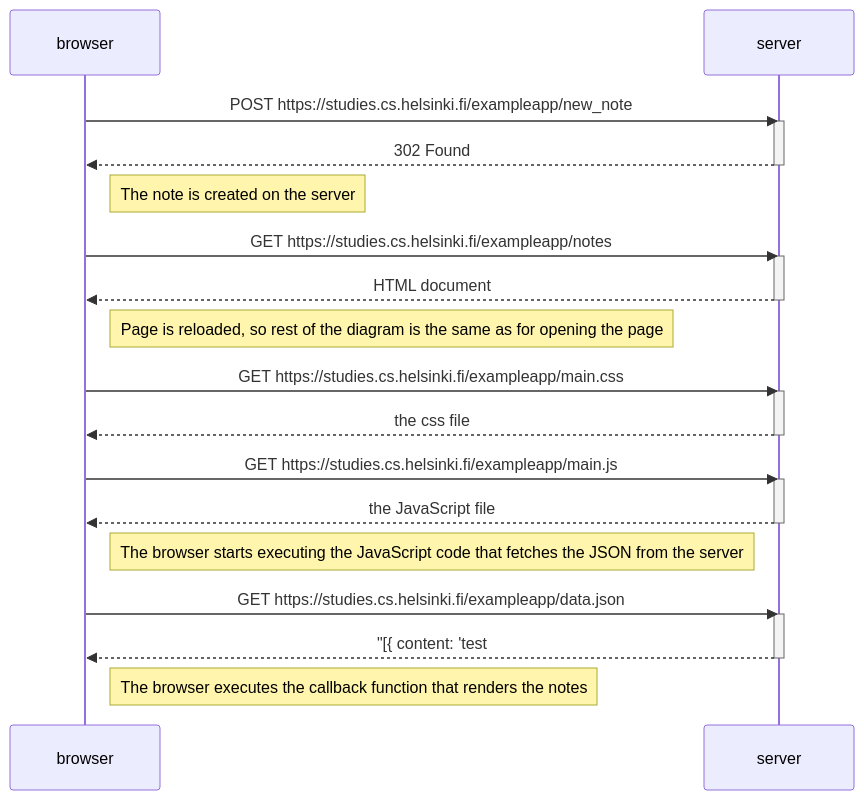
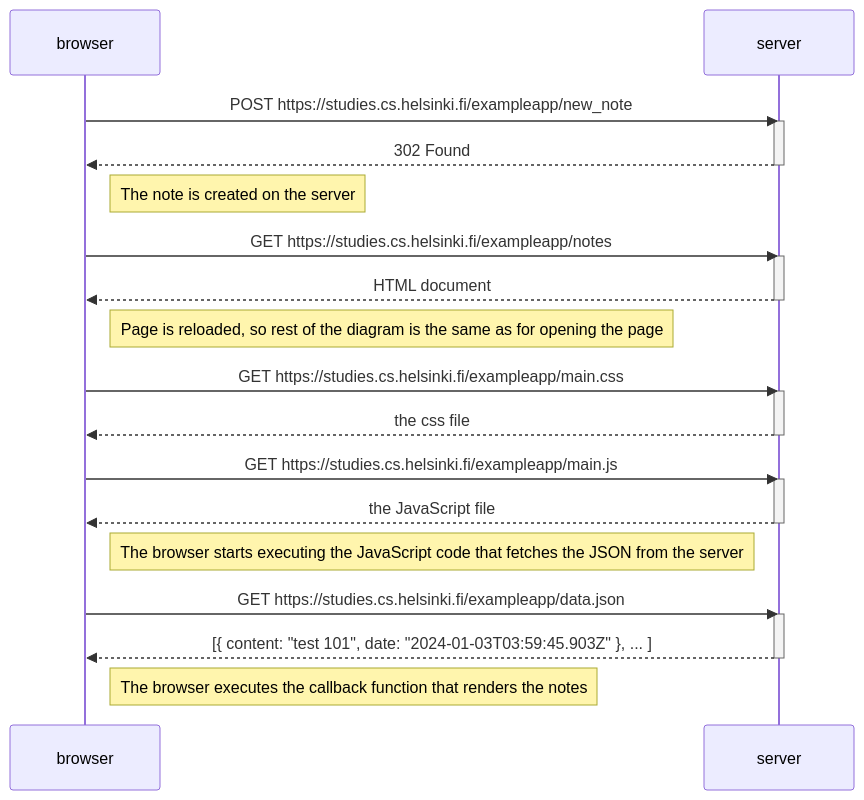
Before and after one commit to maab19/FullStackExercises: the diagram in part0/new_note_diagram.md, drawn with Mermaid.

````diff
--- a/part0/new_note_diagram.md
+++ b/part0/new_note_diagram.md
@@ -1,38 +1,38 @@
 ```mermaid
 sequenceDiagram
     participant browser
     participant server
 
     browser->>server: POST https://studies.cs.helsinki.fi/exampleapp/new_note
     activate server
     server-->>browser: 302 Found
     deactivate server
 
     Note right of browser: The note is created on the server
 
     browser->>server: GET https://studies.cs.helsinki.fi/exampleapp/notes
     activate server
     server-->>browser: HTML document
     deactivate server
 
     Note right of browser: Page is reloaded, so rest of the diagram is the same as for opening the page
 
     browser->>server: GET https://studies.cs.helsinki.fi/exampleapp/main.css
     activate server
     server-->>browser: the css file
     deactivate server
 
     browser->>server: GET https://studies.cs.helsinki.fi/exampleapp/main.js
     activate server
     server-->>browser: the JavaScript file
     deactivate server
 
     Note right of browser: The browser starts executing the JavaScript code that fetches the JSON from the server
 
     browser->>server: GET https://studies.cs.helsinki.fi/exampleapp/data.json
     activate server
-    server-->>browser: "[{ content: 'test #101', date: '2024-01-03T03:59:45.903Z' }, ... ]"
+    server-->>browser: [{ content: "test 101", date: "2024-01-03T03:59:45.903Z" }, ... ]
     deactivate server
 
     Note right of browser: The browser executes the callback function that renders the notes
 ```
````
